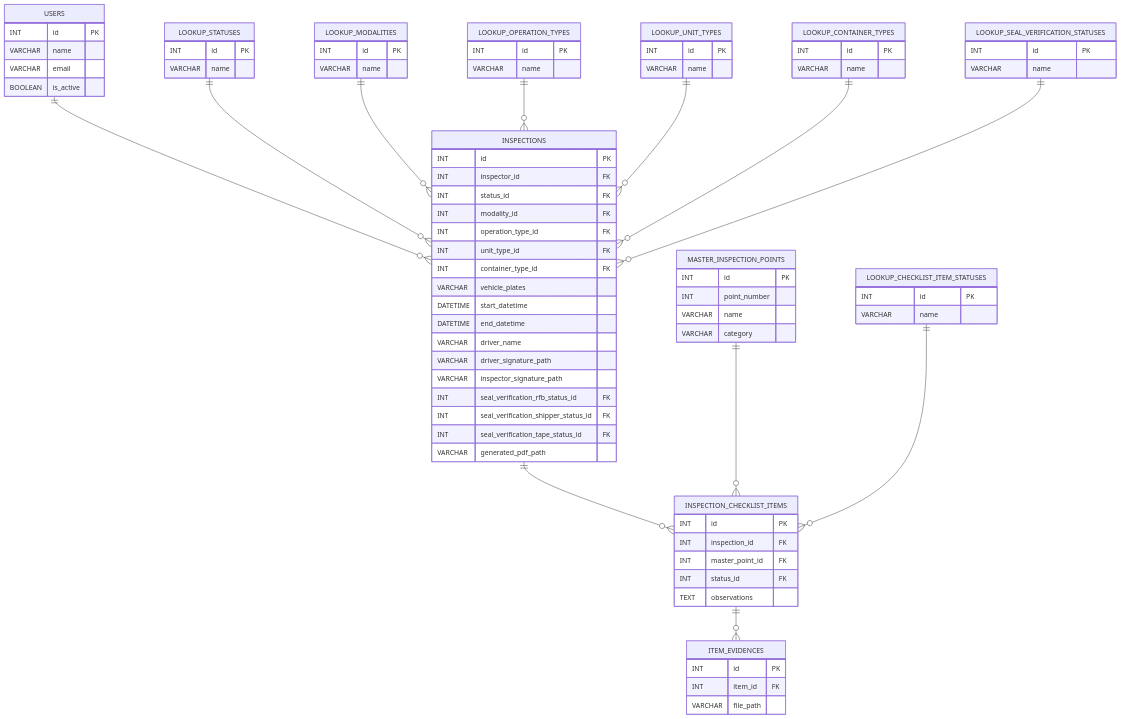
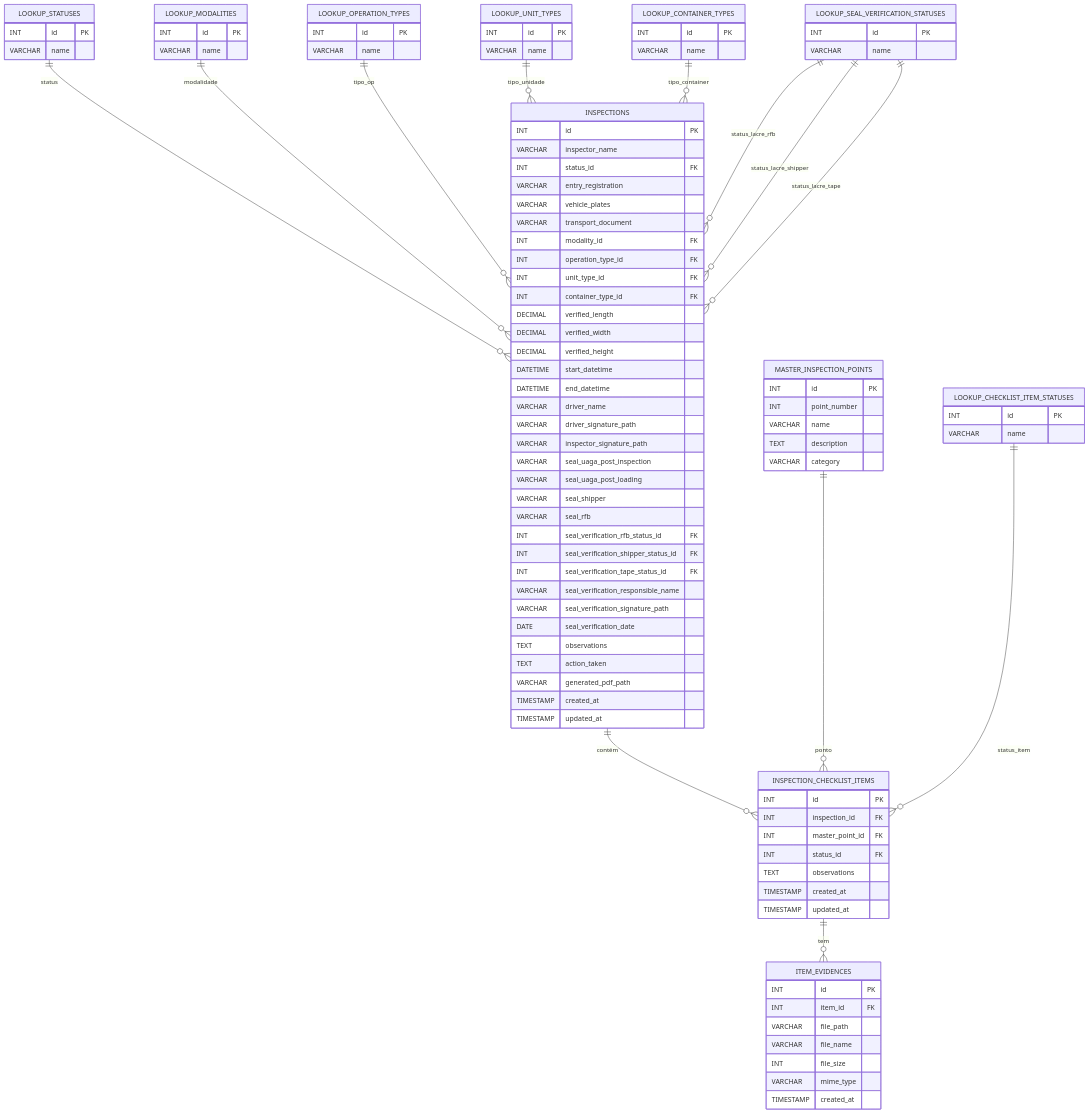
The second of 3 diagrams in README.md (LeoAdlerr/checklistBalanca), drawn with Mermaid before and after one commit. The commit also changed other lines of this file and 113 other files, not shown here.

````diff
--- a/README.md
+++ b/README.md
@@ -80,30 +80,39 @@
 ```mermaid
 erDiagram
-    USERS {
-        INT id PK
-        VARCHAR name
-        VARCHAR email
-        BOOLEAN is_active
-    }
-
     INSPECTIONS {
         INT id PK
-        INT inspector_id FK
+        VARCHAR inspector_name
         INT status_id FK
+        VARCHAR entry_registration
+        VARCHAR vehicle_plates
+        VARCHAR transport_document
         INT modality_id FK
         INT operation_type_id FK
         INT unit_type_id FK
         INT container_type_id FK
-        VARCHAR vehicle_plates
+        DECIMAL verified_length
+        DECIMAL verified_width
+        DECIMAL verified_height
         DATETIME start_datetime
         DATETIME end_datetime
         VARCHAR driver_name
         VARCHAR driver_signature_path
         VARCHAR inspector_signature_path
+        VARCHAR seal_uaga_post_inspection
+        VARCHAR seal_uaga_post_loading
+        VARCHAR seal_shipper
+        VARCHAR seal_rfb
         INT seal_verification_rfb_status_id FK
         INT seal_verification_shipper_status_id FK
         INT seal_verification_tape_status_id FK
+        VARCHAR seal_verification_responsible_name
+        VARCHAR seal_verification_signature_path
+        DATE seal_verification_date
+        TEXT observations
+        TEXT action_taken
         VARCHAR generated_pdf_path
+        TIMESTAMP created_at
+        TIMESTAMP updated_at
     }
 
     INSPECTION_CHECKLIST_ITEMS {
@@ -112,18 +121,25 @@
         INT master_point_id FK
         INT status_id FK
         TEXT observations
+        TIMESTAMP created_at
+        TIMESTAMP updated_at
     }
 
     ITEM_EVIDENCES {
         INT id PK
         INT item_id FK
         VARCHAR file_path
+        VARCHAR file_name
+        INT file_size
+        VARCHAR mime_type
+        TIMESTAMP created_at
     }
 
     MASTER_INSPECTION_POINTS {
         INT id PK
         INT point_number
         VARCHAR name
+        TEXT description
         VARCHAR category
     }
 
@@ -163,17 +179,21 @@
     }
 
     %% Relacionamentos principais
-    USERS ||--o{ INSPECTIONS : ""
-    INSPECTIONS ||--o{ INSPECTION_CHECKLIST_ITEMS : ""
-    INSPECTION_CHECKLIST_ITEMS ||--o{ ITEM_EVIDENCES : ""
-    MASTER_INSPECTION_POINTS ||--o{ INSPECTION_CHECKLIST_ITEMS : ""
+    INSPECTIONS ||--o{ INSPECTION_CHECKLIST_ITEMS : contém
+    INSPECTION_CHECKLIST_ITEMS ||--o{ ITEM_EVIDENCES : tem
+    MASTER_INSPECTION_POINTS ||--o{ INSPECTION_CHECKLIST_ITEMS : ponto
 
     %% Relacionamentos com lookups
-    LOOKUP_STATUSES ||--o{ INSPECTIONS : ""
-    LOOKUP_MODALITIES ||--o{ INSPECTIONS : ""
-    LOOKUP_OPERATION_TYPES ||--o{ INSPECTIONS : ""
-    LOOKUP_UNIT_TYPES ||--o{ INSPECTIONS : ""
-    LOOKUP_CONTAINER_TYPES ||--o{ INSPECTIONS : ""
-    LOOKUP_CHECKLIST_ITEM_STATUSES ||--o{ INSPECTION_CHECKLIST_ITEMS : ""
-    LOOKUP_SEAL_VERIFICATION_STATUSES ||--o{ INSPECTIONS : ""
+    LOOKUP_STATUSES ||--o{ INSPECTIONS : status
+    LOOKUP_MODALITIES ||--o{ INSPECTIONS : modalidade
+    LOOKUP_OPERATION_TYPES ||--o{ INSPECTIONS : tipo_op
+    LOOKUP_UNIT_TYPES ||--o{ INSPECTIONS : tipo_unidade
+    LOOKUP_CONTAINER_TYPES ||--o{ INSPECTIONS : tipo_container
+
+    LOOKUP_SEAL_VERIFICATION_STATUSES ||--o{ INSPECTIONS : status_lacre_rfb
+    LOOKUP_SEAL_VERIFICATION_STATUSES ||--o{ INSPECTIONS : status_lacre_shipper
+    LOOKUP_SEAL_VERIFICATION_STATUSES ||--o{ INSPECTIONS : status_lacre_tape
+
+    LOOKUP_CHECKLIST_ITEM_STATUSES ||--o{ INSPECTION_CHECKLIST_ITEMS : status_item
+
 ```
````
